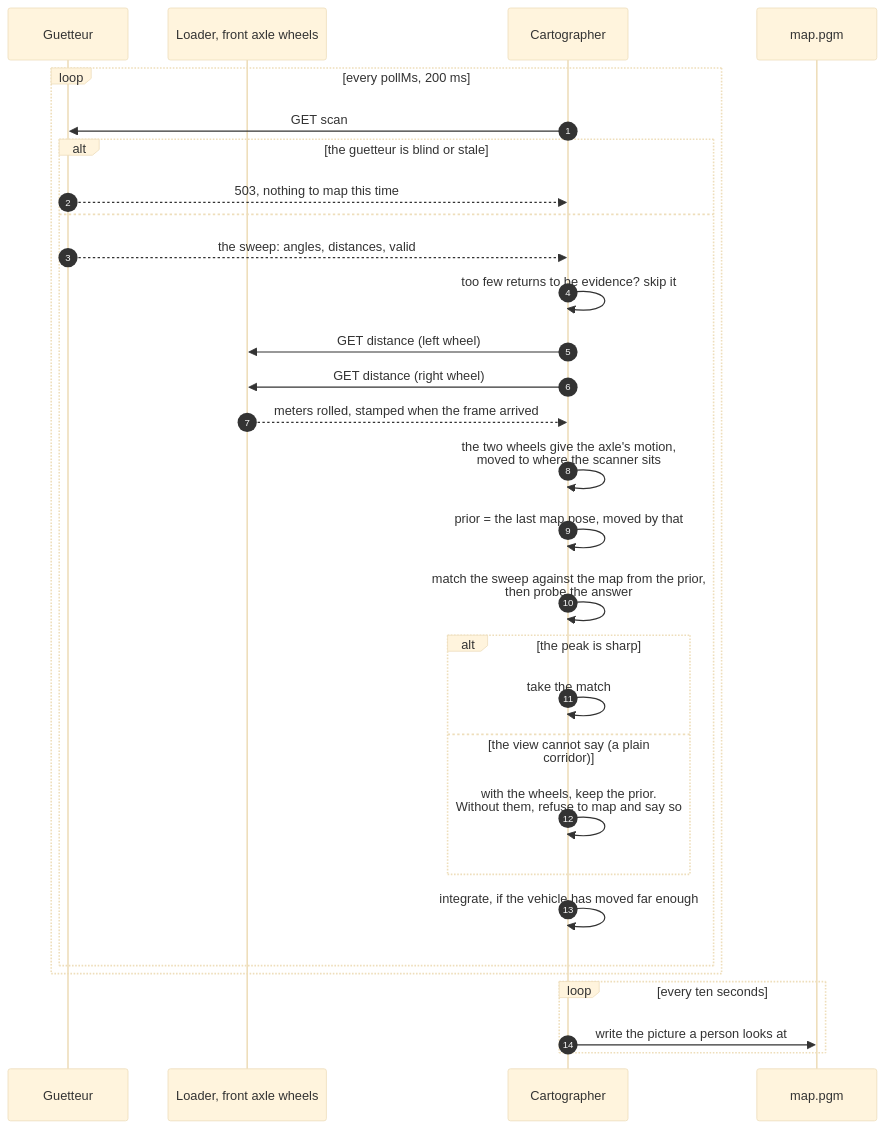
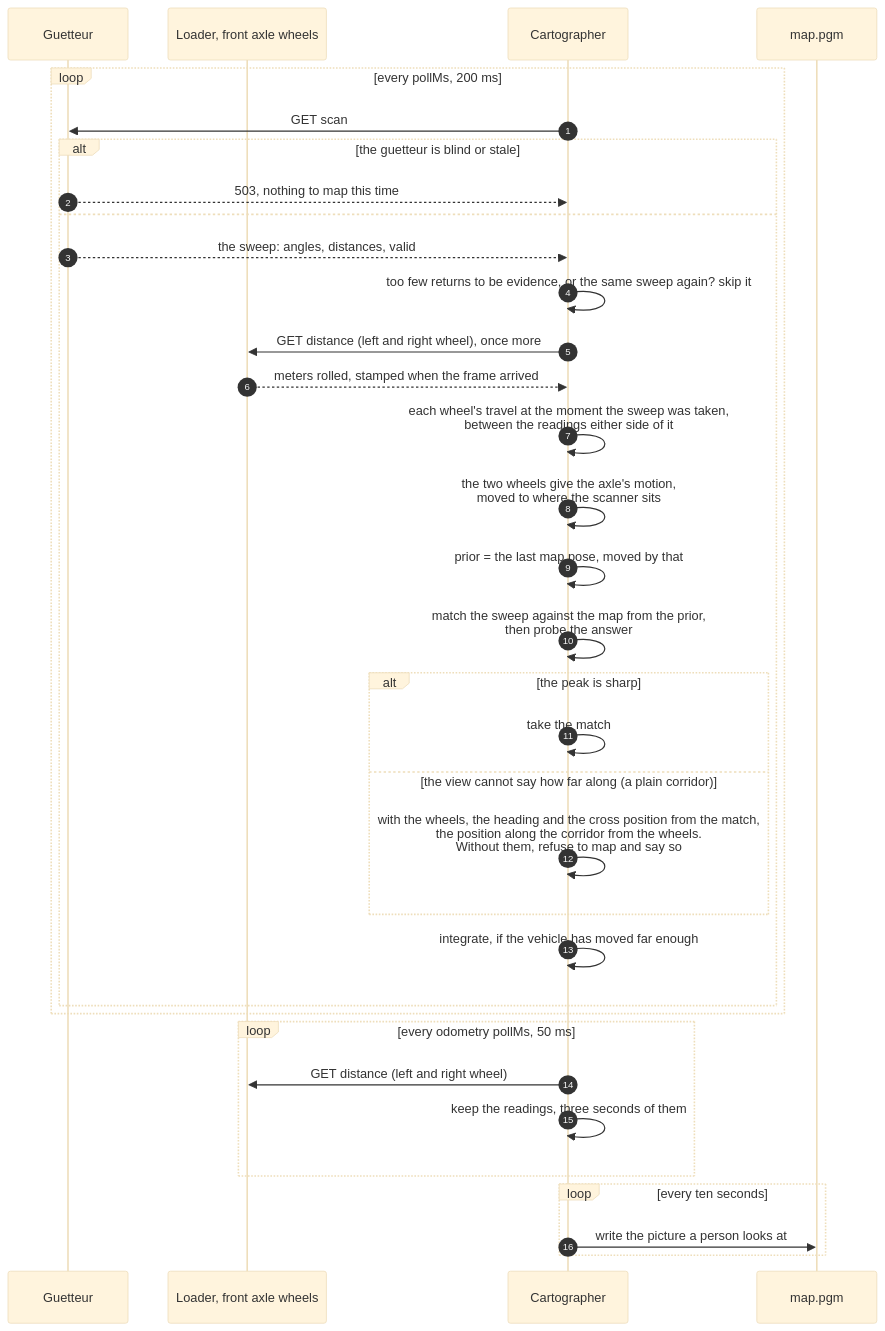
The diagram in cartographer/README.md (sdoque/systems), drawn with Mermaid (base theme) before and after one commit. The commit also changed other lines of this file and 6 other files, not shown here.

First line of the commit message:
cartographer: keep the walls' heading in corridors, and read the wheels at the sweep's time

````diff
--- a/cartographer/README.md
+++ b/cartographer/README.md
@@ -30,34 +30,39 @@
 ```mermaid
 sequenceDiagram
     autonumber
     participant G as Guetteur
     participant L as Loader, front axle wheels
     participant C as Cartographer
     participant D as map.pgm
 
     loop every pollMs, 200 ms
         C->>G: GET scan
         alt the guetteur is blind or stale
             G-->>C: 503, nothing to map this time
         else
             G-->>C: the sweep: angles, distances, valid
-            C->>C: too few returns to be evidence? skip it
-            C->>L: GET distance (left wheel)
-            C->>L: GET distance (right wheel)
+            C->>C: too few returns to be evidence, or the same sweep again? skip it
+            C->>L: GET distance (left and right wheel), once more
             L-->>C: meters rolled, stamped when the frame arrived
+            C->>C: each wheel's travel at the moment the sweep was taken,<br/>between the readings either side of it
             C->>C: the two wheels give the axle's motion,<br/>moved to where the scanner sits
             C->>C: prior = the last map pose, moved by that
             C->>C: match the sweep against the map from the prior,<br/>then probe the answer
             alt the peak is sharp
                 C->>C: take the match
-            else the view cannot say (a plain corridor)
-                C->>C: with the wheels, keep the prior.<br/>Without them, refuse to map and say so
+            else the view cannot say how far along (a plain corridor)
+                C->>C: with the wheels, the heading and the cross position from the match,<br/>the position along the corridor from the wheels.<br/>Without them, refuse to map and say so
             end
             C->>C: integrate, if the vehicle has moved far enough
         end
+    end
+
+    loop every odometry pollMs, 50 ms
+        C->>L: GET distance (left and right wheel)
+        C->>C: keep the readings, three seconds of them
     end
 
     loop every ten seconds
         C->>D: write the picture a person looks at
     end
 ```
````
